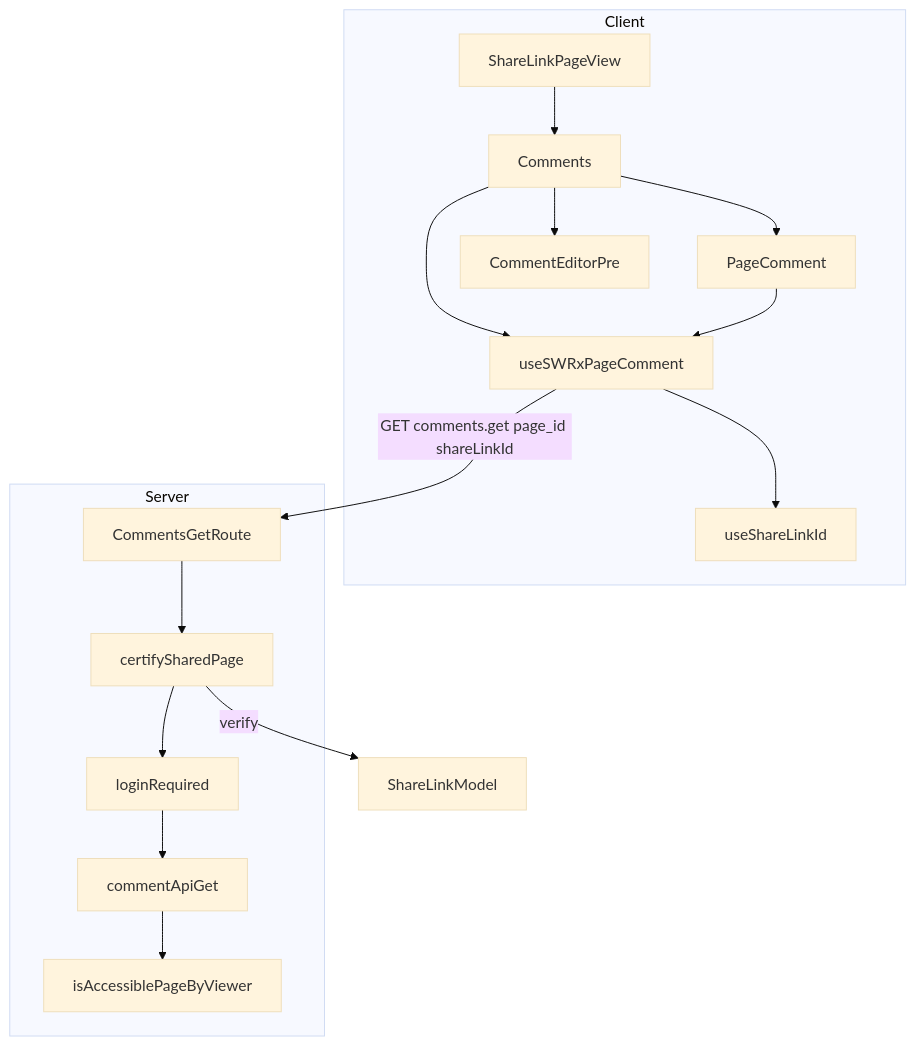
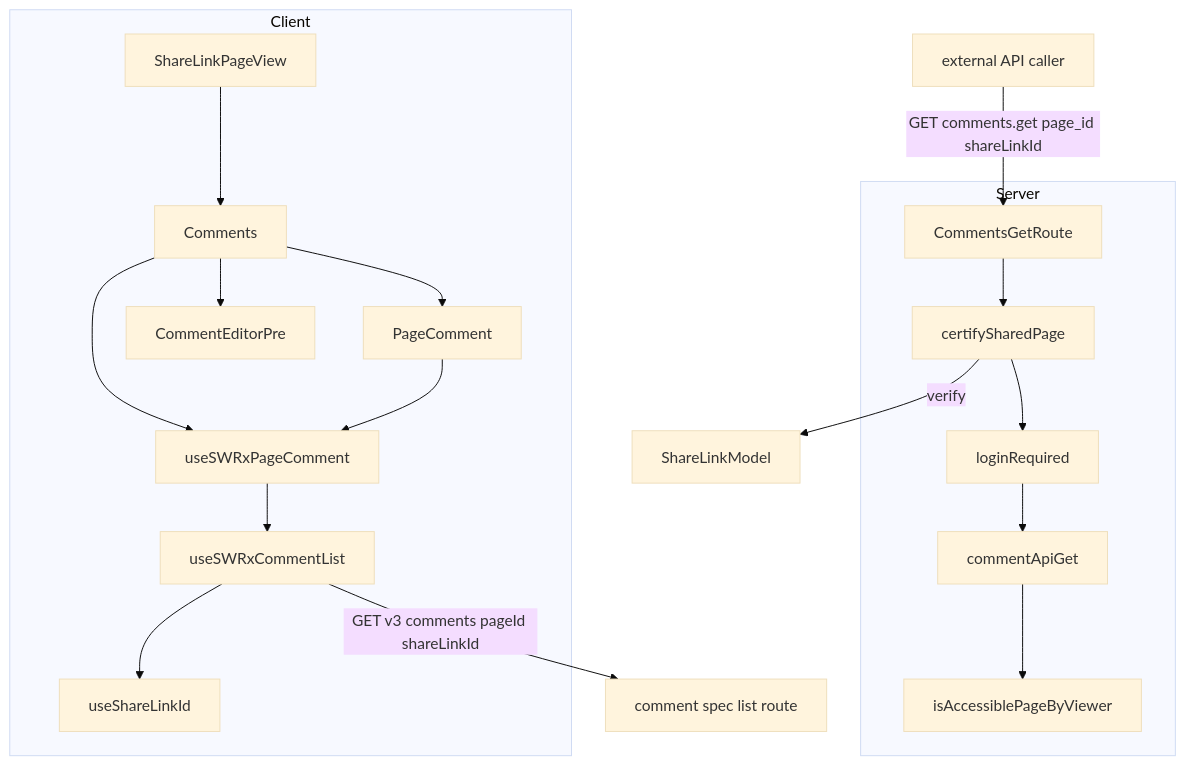
The first of 2 diagrams in .kiro/specs/share-link-comments/design.md (growilabs/growi), drawn with Mermaid (base theme) before and after one commit. The commit also changed other lines of this file and 6 other files, not shown here.

First line of the commit message:
docs(spec): point share-link-comments retrieval contract to the comment spec

````diff
--- a/.kiro/specs/share-link-comments/design.md
+++ b/.kiro/specs/share-link-comments/design.md
@@ -91,19 +97,21 @@
 ```mermaid
 graph TB
     subgraph Client
         ShareLinkPageView --> Comments
         Comments --> PageComment
         Comments --> CommentEditorPre
         Comments --> useSWRxPageComment
         PageComment --> useSWRxPageComment
-        useSWRxPageComment --> useShareLinkId
+        useSWRxPageComment --> useSWRxCommentList
+        useSWRxCommentList --> useShareLinkId
     end
-    useSWRxPageComment -->|GET comments.get page_id shareLinkId| CommentsGetRoute
+    useSWRxCommentList -->|GET v3 comments pageId shareLinkId| CommentListRoute[comment spec list route]
+    ApiCaller[external API caller] -->|GET comments.get page_id shareLinkId| CommentsGetRoute
     subgraph Server
         CommentsGetRoute --> certifySharedPage
         certifySharedPage --> loginRequired
         loginRequired --> commentApiGet
         commentApiGet --> isAccessiblePageByViewer
     end
     certifySharedPage -->|verify| ShareLinkModel
 ```
````
